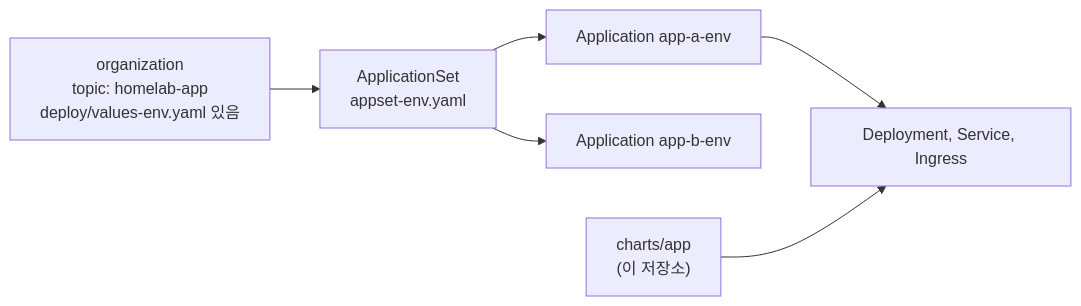
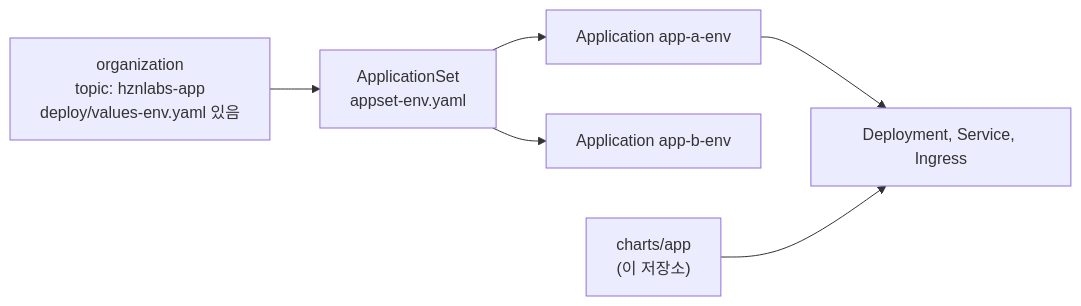
One commit to gjwnssud/iac-multicloud changed the third of 3 diagrams in docs/architecture.md. Above: the diagram before and after it, drawn with Mermaid. The commit also changed other lines of this file and 13 other files, not shown here.

First line of the commit message:
chore: 앱 저장소 topic을 homelab-app에서 hznlabs-app으로 변경, 러너 PAT 권한 표기 수정

````diff
--- a/docs/architecture.md
+++ b/docs/architecture.md
@@ -111,14 +111,14 @@
 ```mermaid
 flowchart LR
-  org["organization<br/>topic: homelab-app<br/>deploy/values-env.yaml 있음"]
+  org["organization<br/>topic: hznlabs-app<br/>deploy/values-env.yaml 있음"]
   set["ApplicationSet<br/>appset-env.yaml"]
   appA["Application app-a-env"]
   appB["Application app-b-env"]
   chart["charts/app<br/>(이 저장소)"]
   out["Deployment, Service, Ingress"]
   org --> set
   set --> appA
   set --> appB
   appA --> out
   chart --> out
 ```
````
